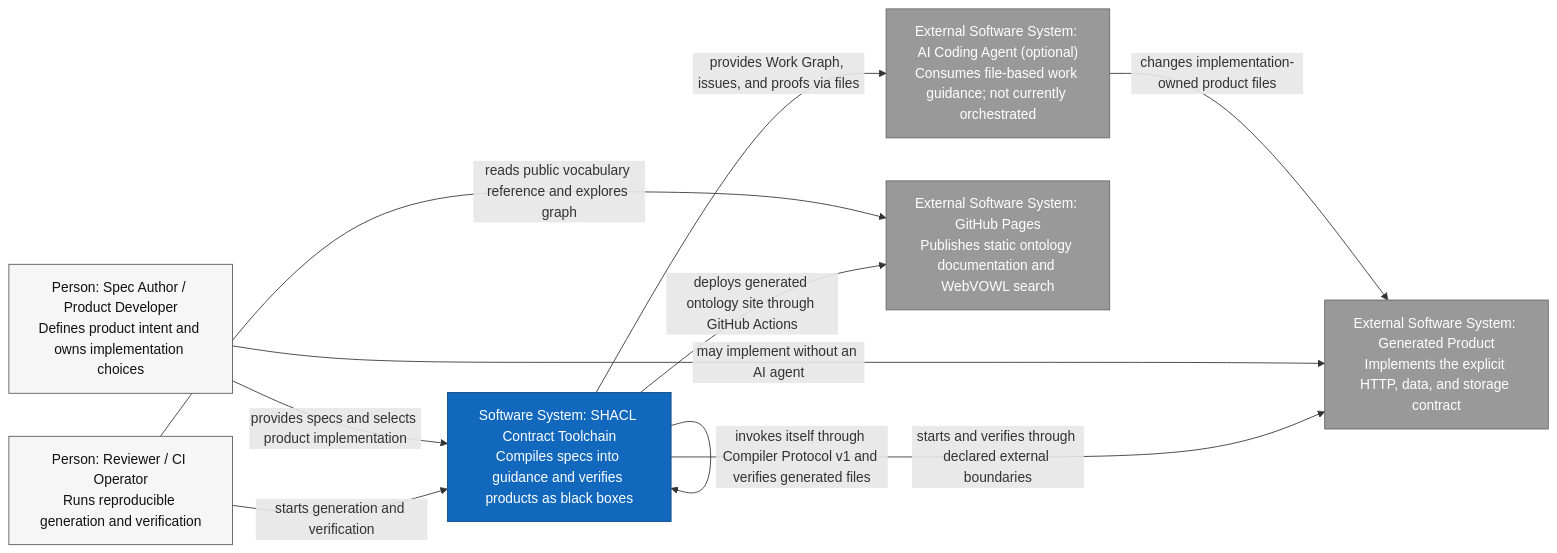
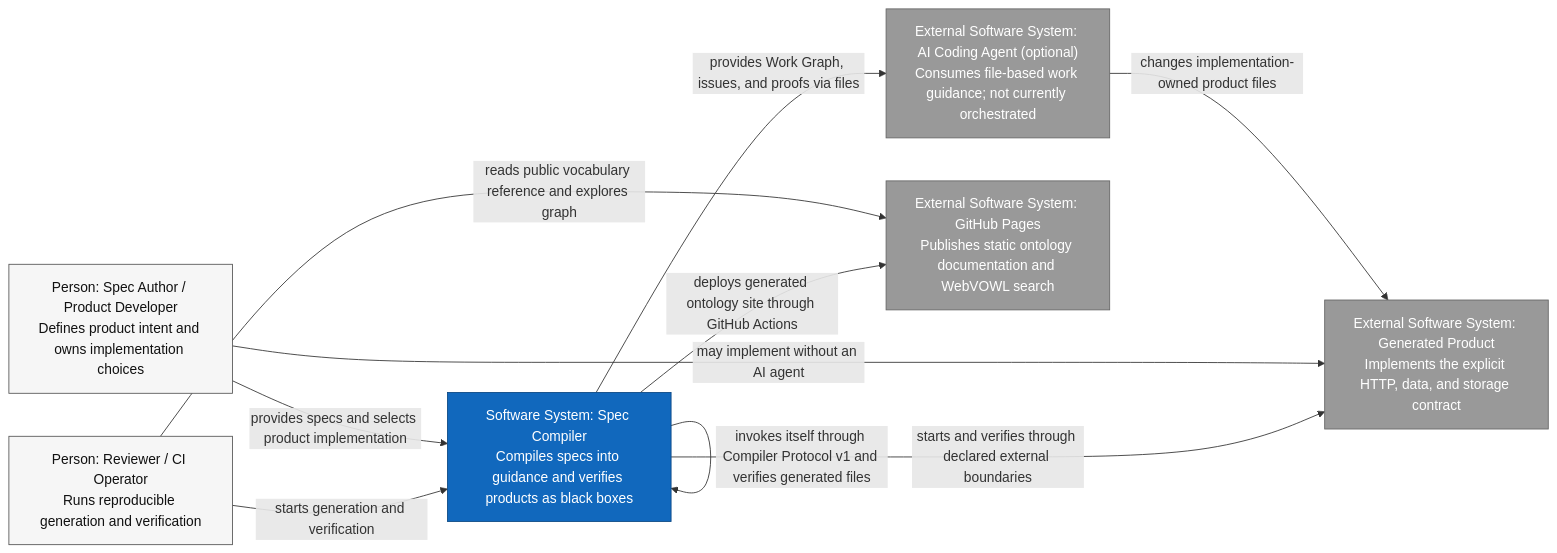
The first of 5 diagrams in docs/architecture/c4.md (arturmiller/spec-compiler), drawn with Mermaid before and after one commit. The commit also changed other lines of this file and 22 other files, not shown here.

Commit message:
Rename product to Spec Compiler

````diff
--- a/docs/architecture/c4.md
+++ b/docs/architecture/c4.md
@@ -21,26 +21,26 @@
 ```mermaid
 flowchart LR
     author["Person: Spec Author / Product Developer<br/>Defines product intent and owns implementation choices"]
     reviewer["Person: Reviewer / CI Operator<br/>Runs reproducible generation and verification"]
-    tool["Software System: SHACL Contract Toolchain<br/>Compiles specs into guidance and verifies products as black boxes"]
+    tool["Software System: Spec Compiler<br/>Compiles specs into guidance and verifies products as black boxes"]
     agent["External Software System: AI Coding Agent (optional)<br/>Consumes file-based work guidance; not currently orchestrated"]
     product["External Software System: Generated Product<br/>Implements the explicit HTTP, data, and storage contract"]
     pages["External Software System: GitHub Pages<br/>Publishes static ontology documentation and WebVOWL search"]
 
     author -->|"provides specs and selects product implementation"| tool
     reviewer -->|"starts generation and verification"| tool
     tool -->|"provides Work Graph, issues, and proofs via files"| agent
     agent -->|"changes implementation-owned product files"| product
     author -->|"may implement without an AI agent"| product
     tool -->|"starts and verifies through declared external boundaries"| product
     tool -->|"invokes itself through Compiler Protocol v1 and verifies generated files"| tool
     reviewer -->|"reads public vocabulary reference and explores graph"| pages
     tool -->|"deploys generated ontology site through GitHub Actions"| pages
 
     classDef person fill:#f6f6f6,stroke:#555,color:#111;
     classDef system fill:#1168bd,stroke:#0b4884,color:#fff;
     classDef external fill:#999,stroke:#666,color:#fff;
     class author,reviewer person;
     class tool system;
     class agent,product,pages external;
 ```
````
